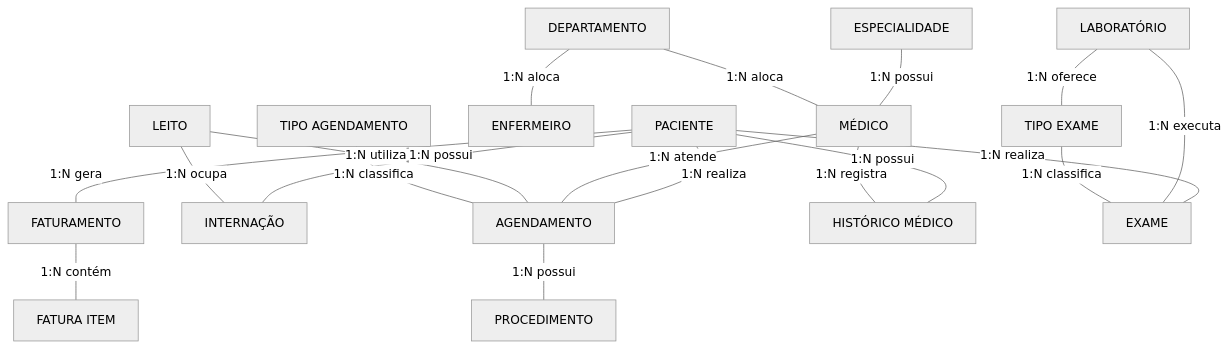
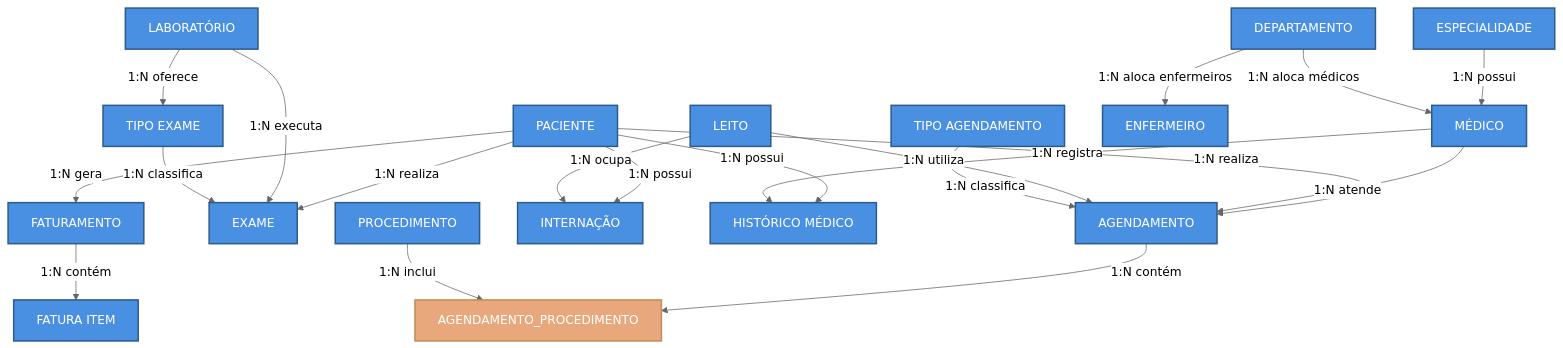
One commit to vitxzap/senac_hospital_db changed the diagram in schemas/er_diagram.mmd. Above: the diagram before and after it, drawn with Mermaid (neutral theme). The commit also changed other lines of this file and 1 other file, not shown here.

Commit message:
fix: er_diagram

```diff
--- a/schemas/er_diagram.mmd
+++ b/schemas/er_diagram.mmd
@@ -1,44 +1,42 @@
-graph TB
-    %% Entidades
-    PACIENTE[PACIENTE]
-    MEDICO[MÉDICO]
-    ENFERMEIRO[ENFERMEIRO]
-    DEPARTAMENTO[DEPARTAMENTO]
-    ESPECIALIDADE[ESPECIALIDADE]
-    LEITO[LEITO]
-    AGENDAMENTO[AGENDAMENTO]
-    TIPO_AGENDAMENTO[TIPO AGENDAMENTO]
-    PROCEDIMENTO[PROCEDIMENTO]
-    INTERNACAO[INTERNAÇÃO]
-    FATURAMENTO[FATURAMENTO]
-    FATURA_ITEM[FATURA ITEM]
-    HISTORICO[HISTÓRICO MÉDICO]
-    EXAME[EXAME]
-    TIPO_EXAME[TIPO EXAME]
-    LABORATORIO[LABORATÓRIO]
-    
-    %% Relacionamentos
-    PACIENTE ---|1:N realiza| AGENDAMENTO
-    MEDICO ---|1:N atende| AGENDAMENTO
-    LEITO ---|1:N utiliza| AGENDAMENTO
-    TIPO_AGENDAMENTO ---|1:N classifica| AGENDAMENTO
-    
-    AGENDAMENTO ---|1:N possui| PROCEDIMENTO
-    
-    PACIENTE ---|1:N possui| INTERNACAO
-    LEITO ---|1:N ocupa| INTERNACAO
-    
-    PACIENTE ---|1:N gera| FATURAMENTO
-    FATURAMENTO ---|1:N contém| FATURA_ITEM
-    
-    PACIENTE ---|1:N possui| HISTORICO
-    MEDICO ---|1:N registra| HISTORICO
-    
-    PACIENTE ---|1:N realiza| EXAME
-    LABORATORIO ---|1:N executa| EXAME
-    TIPO_EXAME ---|1:N classifica| EXAME
-    LABORATORIO ---|1:N oferece| TIPO_EXAME
-    
-    ESPECIALIDADE ---|1:N possui| MEDICO
-    DEPARTAMENTO ---|1:N aloca| MEDICO
-    DEPARTAMENTO ---|1:N aloca| ENFERMEIRO
+---
+config:
+  layout: fixed
+---
+flowchart TB
+    PACIENTE["PACIENTE"] -- 1:N realiza --> AGENDAMENTO["AGENDAMENTO"] & EXAME["EXAME"]
+    MEDICO["MÉDICO"] -- 1:N atende --> AGENDAMENTO
+    LEITO["LEITO"] -- 1:N utiliza --> AGENDAMENTO
+    TIPO_AGENDAMENTO["TIPO AGENDAMENTO"] -- 1:N classifica --> AGENDAMENTO
+    AGENDAMENTO -- 1:N contém --> AGEND_PROC["AGENDAMENTO_PROCEDIMENTO"]
+    PROCEDIMENTO["PROCEDIMENTO"] -- 1:N inclui --> AGEND_PROC
+    PACIENTE -- 1:N possui --> INTERNACAO["INTERNAÇÃO"] & HISTORICO["HISTÓRICO MÉDICO"]
+    LEITO -- 1:N ocupa --> INTERNACAO
+    PACIENTE -- 1:N gera --> FATURAMENTO["FATURAMENTO"]
+    FATURAMENTO -- 1:N contém --> FATURA_ITEM["FATURA ITEM"]
+    MEDICO -- 1:N registra --> HISTORICO
+    LABORATORIO["LABORATÓRIO"] -- 1:N executa --> EXAME
+    TIPO_EXAME["TIPO EXAME"] -- 1:N classifica --> EXAME
+    LABORATORIO -- 1:N oferece --> TIPO_EXAME
+    ESPECIALIDADE["ESPECIALIDADE"] -- 1:N possui --> MEDICO
+    DEPARTAMENTO["DEPARTAMENTO"] -- 1:N aloca médicos --> MEDICO
+    DEPARTAMENTO -- 1:N aloca enfermeiros --> ENFERMEIRO["ENFERMEIRO"]
+
+     PACIENTE:::entidade
+     AGENDAMENTO:::entidade
+     EXAME:::entidade
+     MEDICO:::entidade
+     LEITO:::entidade
+     TIPO_AGENDAMENTO:::entidade
+     AGEND_PROC:::intermediaria
+     PROCEDIMENTO:::entidade
+     INTERNACAO:::entidade
+     HISTORICO:::entidade
+     FATURAMENTO:::entidade
+     FATURA_ITEM:::entidade
+     LABORATORIO:::entidade
+     TIPO_EXAME:::entidade
+     ESPECIALIDADE:::entidade
+     DEPARTAMENTO:::entidade
+     ENFERMEIRO:::entidade
+    classDef entidade fill:#4A90E2,stroke:#2E5C8A,stroke-width:2px,color:#fff
+    classDef intermediaria fill:#E8A87C,stroke:#C38D5C,stroke-width:2px,color:#fff
```
